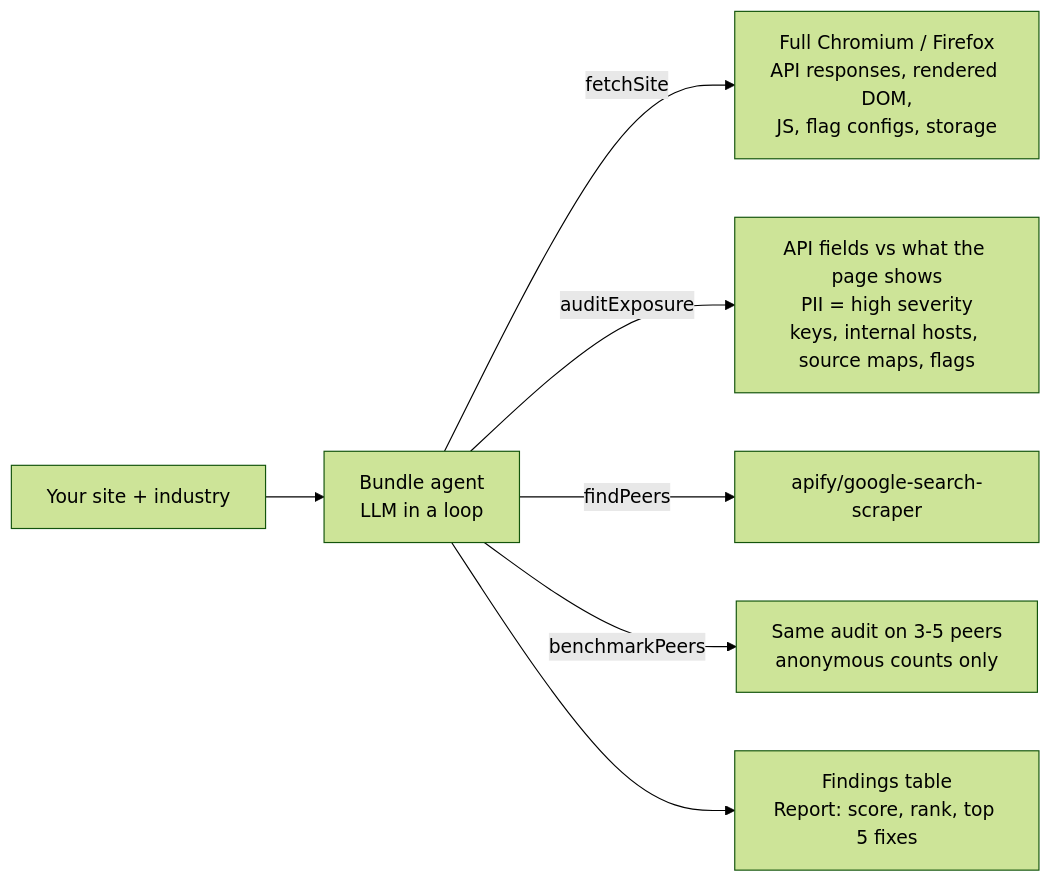
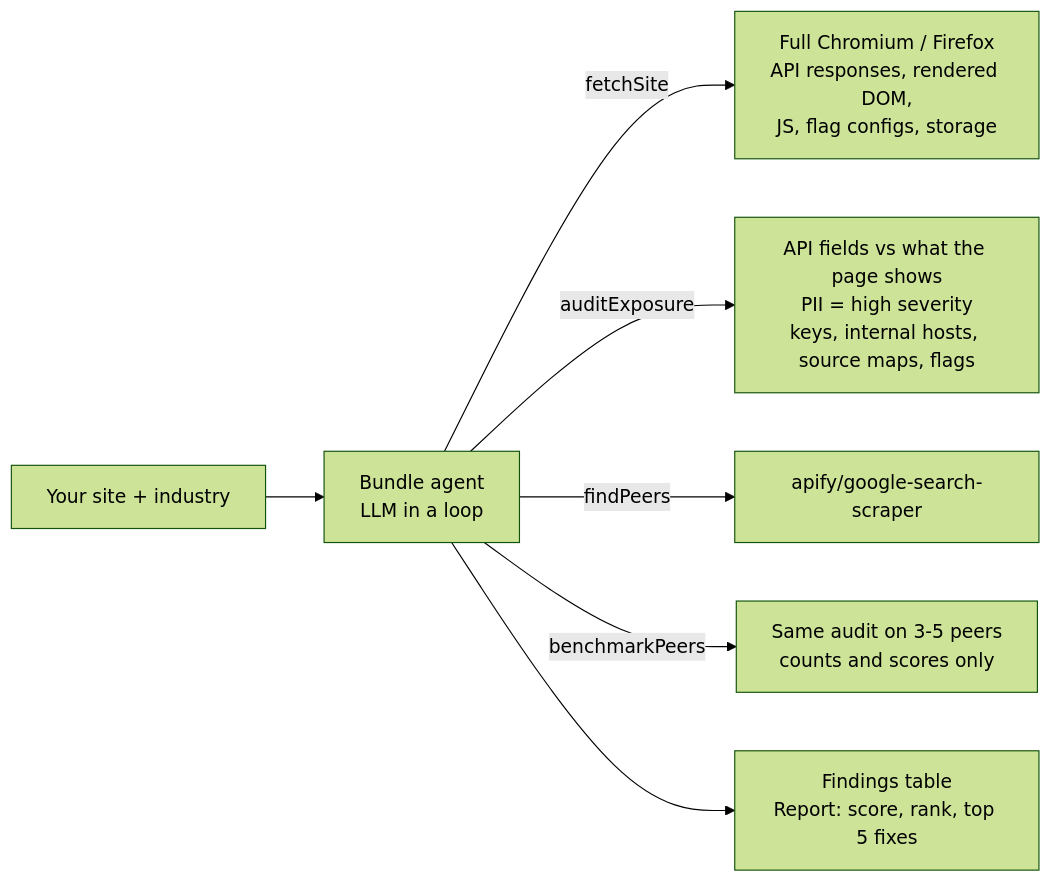
The first of 4 diagrams in README.md (garimapahwa/bundle), drawn with Mermaid (forest theme) before and after one commit. The commit also changed other lines of this file and 10 other files, not shown here.

Commit message:
Name peers in the benchmark (counts only), add How-we-checked flow and README diagrams

````diff
--- a/README.md
+++ b/README.md
@@ -29,9 +29,9 @@
 ```mermaid
 flowchart LR
     I[Your site + industry] --> A[Bundle agent<br/>LLM in a loop]
     A -- fetchSite --> F[Full Chromium / Firefox<br/>API responses, rendered DOM,<br/>JS, flag configs, storage]
     A -- auditExposure --> X[API fields vs what the page shows<br/>PII = high severity<br/>keys, internal hosts, source maps, flags]
     A -- findPeers --> G[apify/google-search-scraper]
-    A -- benchmarkPeers --> B[Same audit on 3-5 peers<br/>anonymous counts only]
+    A -- benchmarkPeers --> B[Same audit on 3-5 peers<br/>counts and scores only]
     A --> R[Findings table<br/>Report: score, rank, top 5 fixes]
 ```
````
